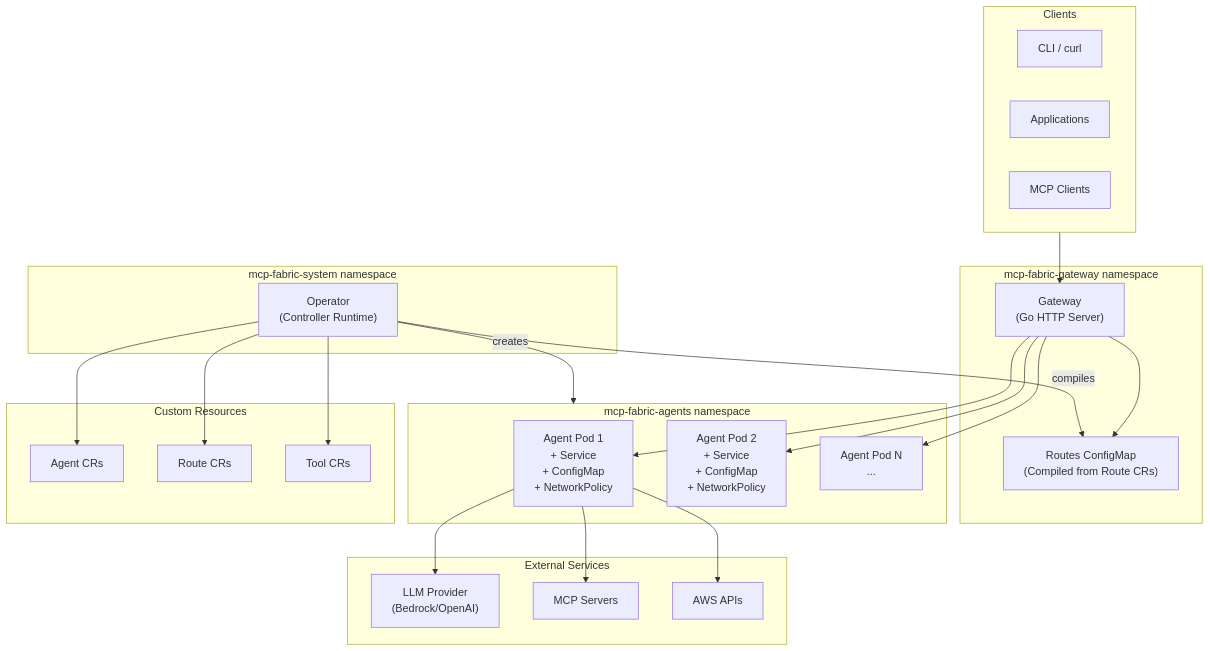
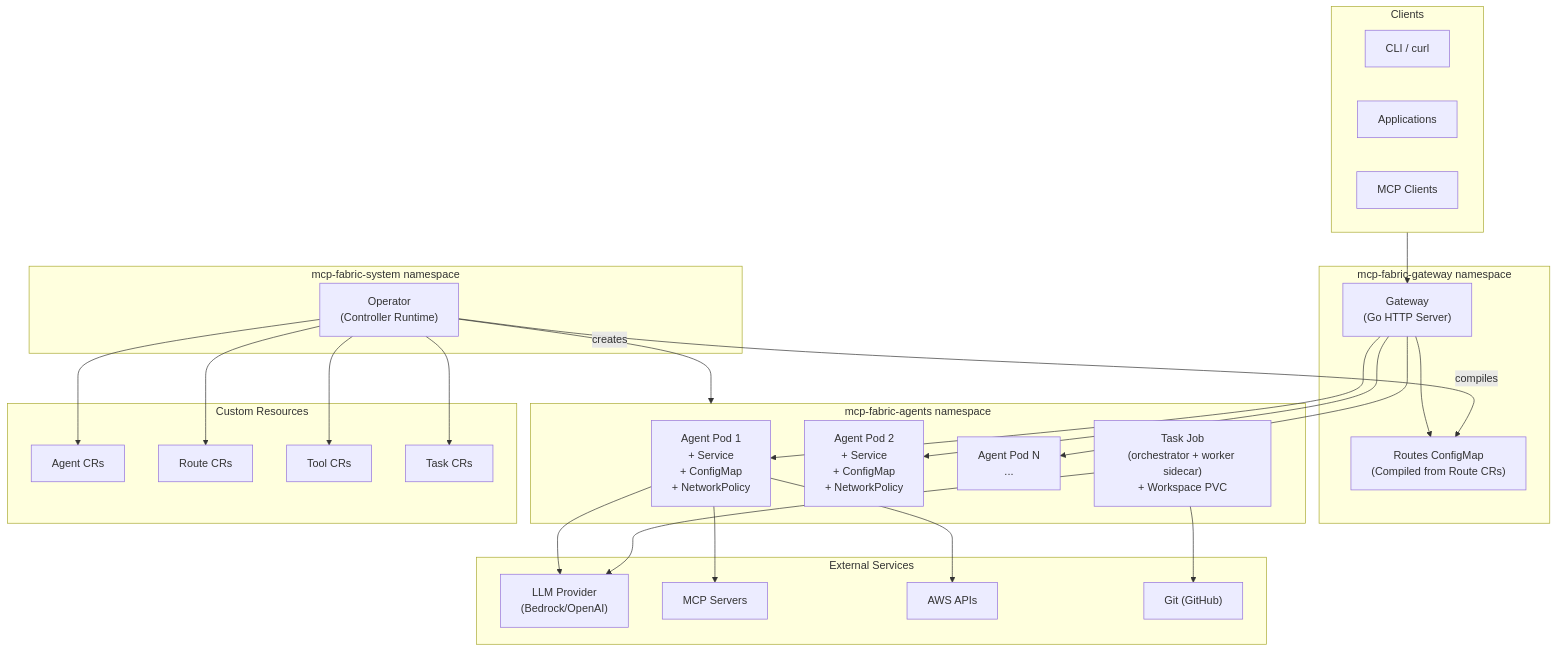
The first of 7 diagrams in docs/diagrams/architecture.md (jalet/mcp-fabric), drawn with Mermaid before and after one commit. The commit also changed other lines of this file and 54 other files, not shown here.

````diff
--- a/docs/diagrams/architecture.md
+++ b/docs/diagrams/architecture.md
@@ -5,51 +5,58 @@
 ```mermaid
 flowchart TB
     subgraph clients["Clients"]
         cli["CLI / curl"]
         app["Applications"]
         mcp["MCP Clients"]
     end
 
     subgraph gateway_ns["mcp-fabric-gateway namespace"]
         gw["Gateway<br/>(Go HTTP Server)"]
         routes_cm["Routes ConfigMap<br/>(Compiled from Route CRs)"]
     end
 
     subgraph system_ns["mcp-fabric-system namespace"]
         op["Operator<br/>(Controller Runtime)"]
     end
 
     subgraph agents_ns["mcp-fabric-agents namespace"]
         agent1["Agent Pod 1<br/>+ Service<br/>+ ConfigMap<br/>+ NetworkPolicy"]
         agent2["Agent Pod 2<br/>+ Service<br/>+ ConfigMap<br/>+ NetworkPolicy"]
         agent3["Agent Pod N<br/>..."]
+        task_job["Task Job<br/>(orchestrator + worker sidecar)<br/>+ Workspace PVC"]
     end
 
     subgraph crds["Custom Resources"]
         agent_cr["Agent CRs"]
         route_cr["Route CRs"]
         tool_cr["Tool CRs"]
+        task_cr["Task CRs"]
     end
 
     subgraph external["External Services"]
         llm["LLM Provider<br/>(Bedrock/OpenAI)"]
         mcp_server["MCP Servers"]
         aws["AWS APIs"]
+        git["Git (GitHub)"]
     end
 
     clients --> gw
     gw --> routes_cm
     gw --> agent1
     gw --> agent2
     gw --> agent3
 
     op --> agent_cr
     op --> route_cr
     op --> tool_cr
+    op --> task_cr
     op --> |creates| agents_ns
     op --> |compiles| routes_cm
 
     agent1 --> llm
     agent1 --> mcp_server
     agent1 --> aws
+
+    task_job --> llm
+    task_job --> git
 ```
````
